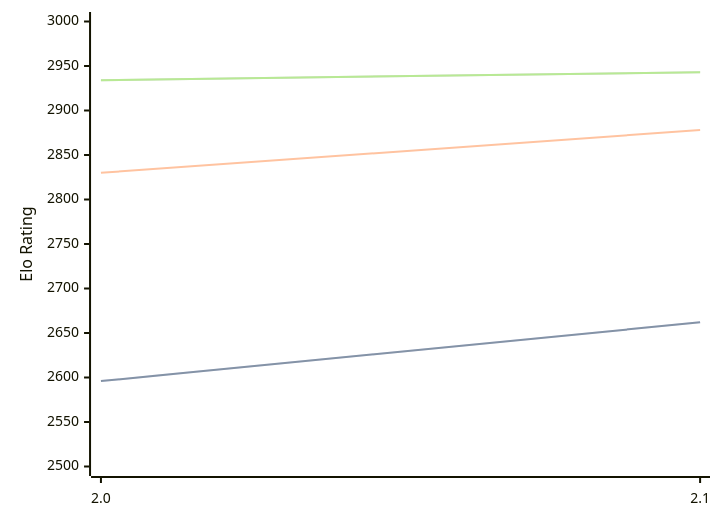
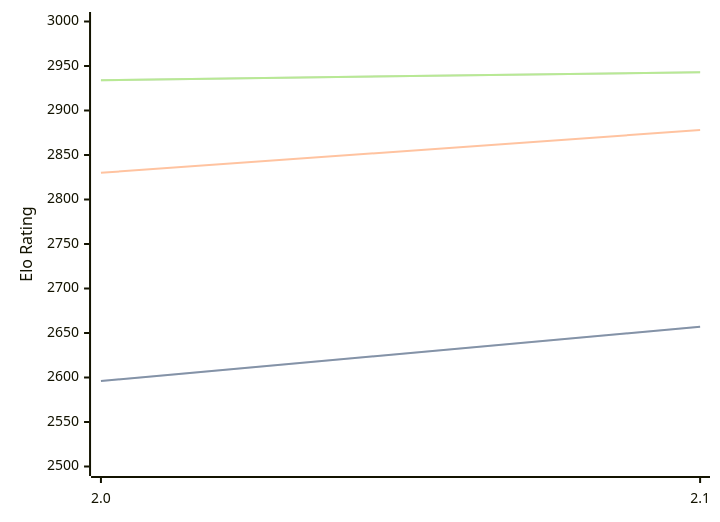
Before and after one commit to computer-chess-index/cci: the diagram in engines/Noggin.md, drawn with Mermaid. The commit also changed other lines of this file, not shown here.

````diff
--- a/engines/Noggin.md
+++ b/engines/Noggin.md
@@ -33,11 +33,11 @@
 ```mermaid
 %%{init: {"theme":"base","themeVariables":{"seriesColors:['#a3a3a3','#222221','#faa371']}}}%%
 xychart-beta
   x-axis ["2.0", "2.1"]
   y-axis "Elo Rating" 2500 --> 3000
-  line "" [2596, 2662]
-  line "STC (8.0+0.08s)" [2596, 2662]
+  line "" [2596, 2657]
+  line "STC (8.0+0.08s)" [2596, 2657]
   line "LTC (60.0+0.60s)" [2830, 2878]
   line "" [2934, 2943]
   line "VLTC (2m24s+1.12s)" [2934, 2943]
 ```
````
